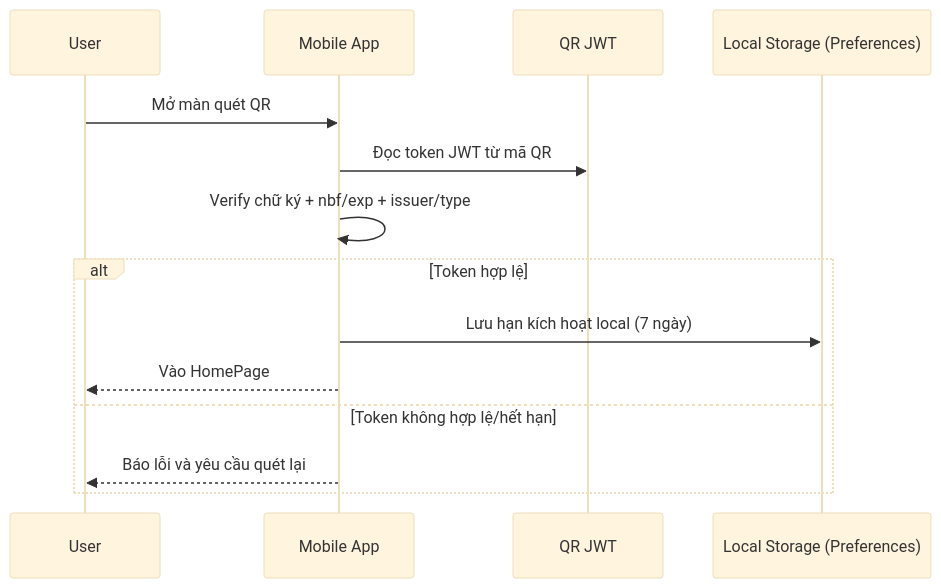
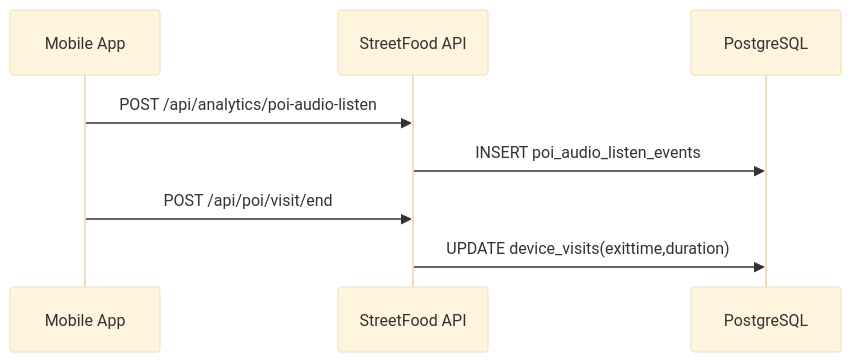
Before and after one commit to NguyenPhuc-Du/StreetFood: diagram 12 of 44 in prd.md, drawn with Mermaid (base theme). The commit also changed other lines of this file and 22 other files, not shown here.

````diff
--- a/prd.md
+++ b/prd.md
@@ -839,17 +823,11 @@
 ```mermaid
 sequenceDiagram
-    participant U as User
     participant M as Mobile App
-    participant QR as QR JWT
-    participant S as Local Storage (Preferences)
+    participant API as StreetFood API
+    participant DB as PostgreSQL
 
-    U->>M: Mở màn quét QR
-    M->>QR: Đọc token JWT từ mã QR
-    M->>M: Verify chữ ký + nbf/exp + issuer/type
-    alt Token hợp lệ
-        M->>S: Lưu hạn kích hoạt local (7 ngày)
-        M-->>U: Vào HomePage
-    else Token không hợp lệ/hết hạn
-        M-->>U: Báo lỗi và yêu cầu quét lại
-    end
+    M->>API: POST /api/analytics/poi-audio-listen
+    API->>DB: INSERT poi_audio_listen_events
+    M->>API: POST /api/poi/visit/end
+    API->>DB: UPDATE device_visits(exittime,duration)
 ```
````
